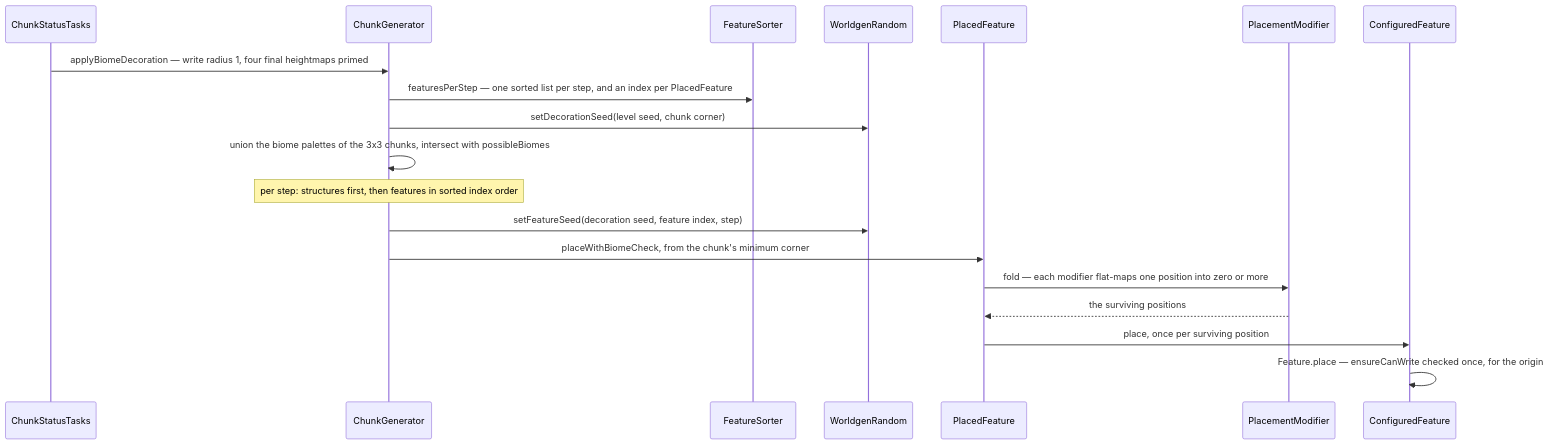
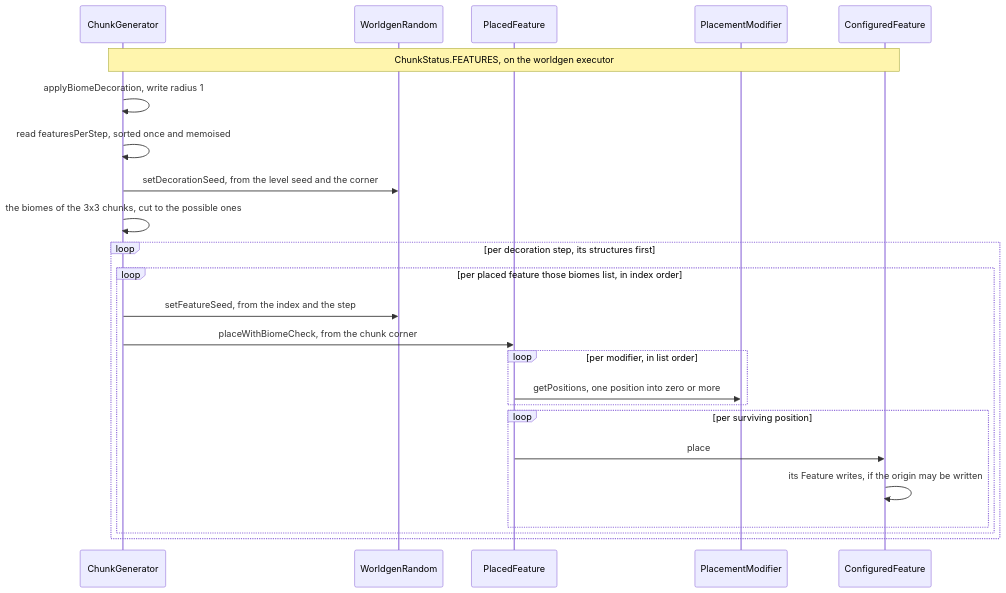
Before and after one commit to AlexanderjFraser/MinecraftDocs: the second of 2 diagrams in src/systems/worldgen/features-and-placement.md, drawn with Mermaid. The commit also changed other lines of this file and 16 other files, not shown here.

First line of the commit message:
pass 7, session L — Part XII: a figure that contradicted its page's own hook, twice, and the caller's method at the callee in a tenth part of ten

````diff
--- a/src/systems/worldgen/features-and-placement.md
+++ b/src/systems/worldgen/features-and-placement.md
@@ -62,22 +64,27 @@
 ```mermaid
 sequenceDiagram
-    participant CST as ChunkStatusTasks
     participant ChunkG as ChunkGenerator
-    participant FS as FeatureSorter
     participant WR as WorldgenRandom
     participant PlacedF as PlacedFeature
     participant PMod as PlacementModifier
     participant CF as ConfiguredFeature
 
-    CST->>ChunkG: applyBiomeDecoration — write radius 1, four final heightmaps primed
-    ChunkG->>FS: featuresPerStep — one sorted list per step, and an index per PlacedFeature
-    ChunkG->>WR: setDecorationSeed(level seed, chunk corner)
-    ChunkG->>ChunkG: union the biome palettes of the 3x3 chunks, intersect with possibleBiomes
-    Note over ChunkG: per step: structures first, then features in sorted index order
-    ChunkG->>WR: setFeatureSeed(decoration seed, feature index, step)
-    ChunkG->>PlacedF: placeWithBiomeCheck, from the chunk's minimum corner
-    PlacedF->>PMod: fold — each modifier flat-maps one position into zero or more
-    PMod-->>PlacedF: the surviving positions
-    PlacedF->>CF: place, once per surviving position
-    CF->>CF: Feature.place — ensureCanWrite checked once, for the origin
+    Note over ChunkG,CF: ChunkStatus.FEATURES, on the worldgen executor
+    ChunkG->>ChunkG: applyBiomeDecoration, write radius 1
+    ChunkG->>ChunkG: read featuresPerStep, sorted once and memoised
+    ChunkG->>WR: setDecorationSeed, from the level seed and the corner
+    ChunkG->>ChunkG: the biomes of the 3x3 chunks, cut to the possible ones
+    loop per decoration step, its structures first
+        loop per placed feature those biomes list, in index order
+            ChunkG->>WR: setFeatureSeed, from the index and the step
+            ChunkG->>PlacedF: placeWithBiomeCheck, from the chunk corner
+            loop per modifier, in list order
+                PlacedF->>PMod: getPositions, one position into zero or more
+            end
+            loop per surviving position
+                PlacedF->>CF: place
+                CF->>CF: its Feature writes, if the origin may be written
+            end
+        end
+    end
 ```
````
